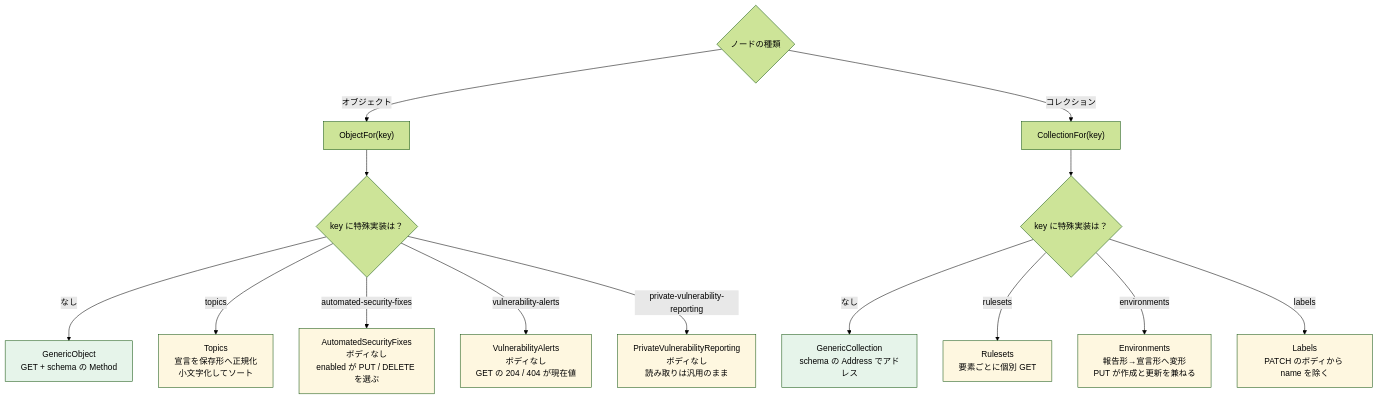
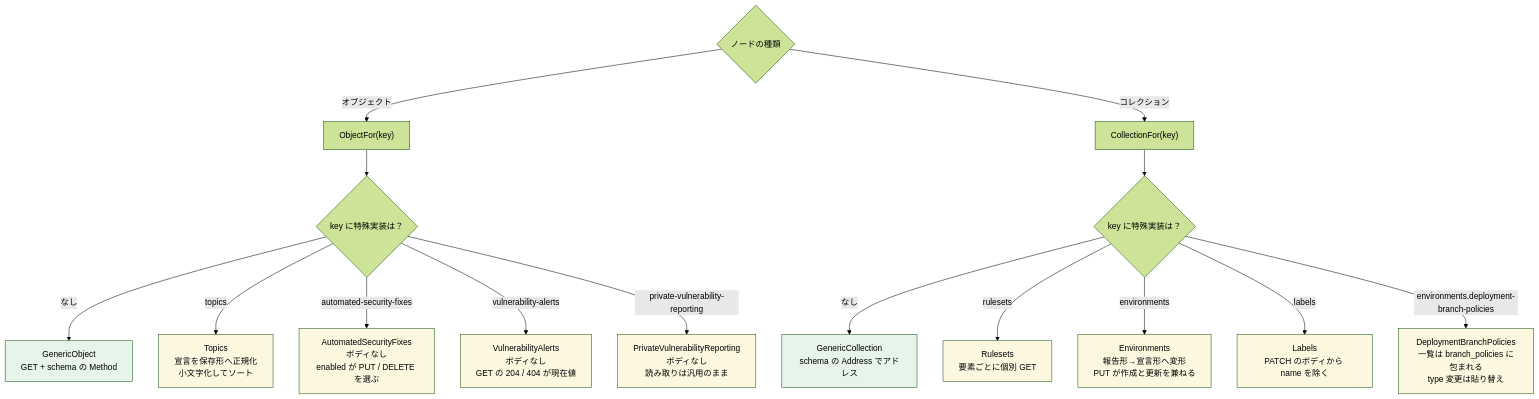
Before and after one commit to kota65535/ghs: the fourth of 5 diagrams in docs/architecture.md, drawn with Mermaid (forest theme). The commit also changed other lines of this file and 9 other files, not shown here.

First line of the commit message:
feat(environments): manage deployment branch policies (#52)

````diff
--- a/docs/architecture.md
+++ b/docs/architecture.md
@@ -112,28 +112,30 @@
 ```mermaid
 graph TD
     Q{"ノードの種類"}
     Q -->|オブジェクト| O["ObjectFor(key)"]
     Q -->|コレクション| CO["CollectionFor(key)"]
 
     O --> OG0{"key に特殊実装は？"}
     OG0 -->|なし| OG["GenericObject<br/>GET + schema の Method"]
     OG0 -->|topics| TP["Topics<br/>宣言を保存形へ正規化<br/>小文字化してソート"]
     OG0 -->|automated-security-fixes| SF["AutomatedSecurityFixes<br/>ボディなし<br/>enabled が PUT / DELETE を選ぶ"]
     OG0 -->|vulnerability-alerts| VA["VulnerabilityAlerts<br/>ボディなし<br/>GET の 204 / 404 が現在値"]
     OG0 -->|private-vulnerability-reporting| PV["PrivateVulnerabilityReporting<br/>ボディなし<br/>読み取りは汎用のまま"]
     CO --> CG{"key に特殊実装は？"}
     CG -->|なし| GC["GenericCollection<br/>schema の Address でアドレス"]
     CG -->|rulesets| RS["Rulesets<br/>要素ごとに個別 GET"]
     CG -->|environments| EN["Environments<br/>報告形→宣言形へ変形<br/>PUT が作成と更新を兼ねる"]
     CG -->|labels| LB["Labels<br/>PATCH のボディから name を除く"]
+    CG -->|environments.deployment-branch-policies| DBP["DeploymentBranchPolicies<br/>一覧は branch_policies に包まれる<br/>type 変更は貼り替え"]
 
     style OG fill:#e6f4ea
     style GC fill:#e6f4ea
     style TP fill:#fef7e0
     style SF fill:#fef7e0
     style VA fill:#fef7e0
     style PV fill:#fef7e0
     style RS fill:#fef7e0
     style EN fill:#fef7e0
     style LB fill:#fef7e0
+    style DBP fill:#fef7e0
 ```
````
